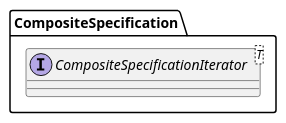
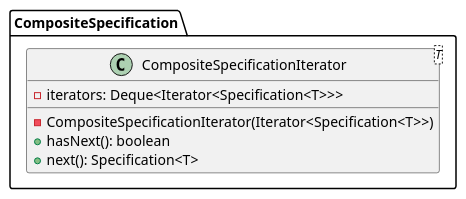
The diagram in malokhvii-eduard/malokhvii05/doc/plantuml/ua/khpi/oop/malokhvii05/common/specification/CompositeSpecification.CompositeSpecificationIterator.puml (P-Kalin/kit26a), drawn with PlantUML before and after one commit. The commit also changed 53 other files, not shown here.

Commit message:
#3, #9 malokhvii05: update graphs

```diff
--- a/malokhvii-eduard/malokhvii05/doc/plantuml/ua/khpi/oop/malokhvii05/common/specification/CompositeSpecification.CompositeSpecificationIterator.puml
+++ b/malokhvii-eduard/malokhvii05/doc/plantuml/ua/khpi/oop/malokhvii05/common/specification/CompositeSpecification.CompositeSpecificationIterator.puml
@@ -1,6 +1,10 @@
 @startuml
 
-    interface CompositeSpecification.CompositeSpecificationIterator<T> {
+    class CompositeSpecification.CompositeSpecificationIterator<T> {
+        -iterators: Deque<Iterator<Specification<T>>>
+        -CompositeSpecificationIterator(Iterator<Specification<T>>)
+        +hasNext(): boolean
+        +next(): Specification<T>
     }
 
 @enduml
```
